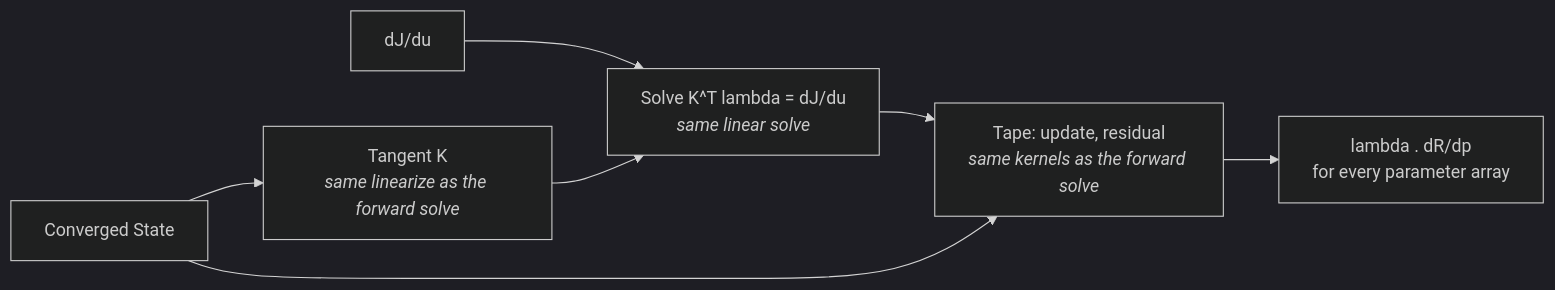
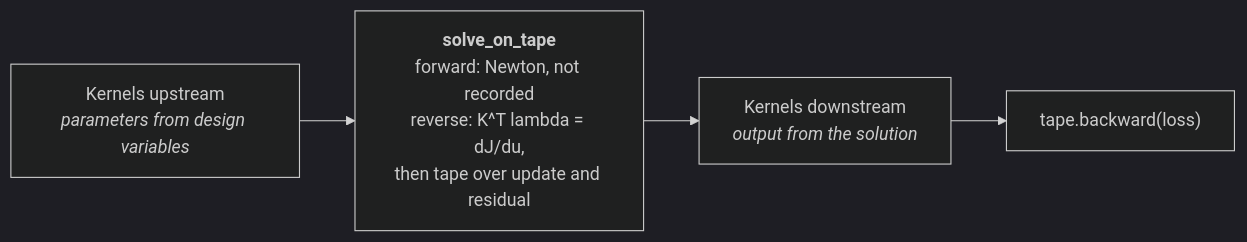
One commit to JolleyLab/FEBio-Warp-Python changed the third of 3 diagrams in docs/design/run_path.md. Above: the diagram before and after it, drawn with Mermaid (dark theme). The commit also changed other lines of this file and 22 other files, not shown here.

First line of the commit message:
Template: device-shaped assembly, warp.fem solids with tet4, solve on a tape, FEBio references

````diff
--- a/docs/design/run_path.md
+++ b/docs/design/run_path.md
@@ -124,9 +173,6 @@
 ```mermaid
 flowchart LR
-    state["Converged State"] --> K["Tangent K<br/><i>same linearize as the forward solve</i>"]
-    out["dJ/du"] --> solve["Solve K^T lambda = dJ/du<br/><i>same linear solve</i>"]
-    K --> solve
-    solve --> tape["Tape: update, residual<br/><i>same kernels as the forward solve</i>"]
-    state --> tape
-    tape --> grad["lambda . dR/dp<br/>for every parameter array"]
+    up["Kernels upstream<br/><i>parameters from design variables</i>"] --> solve
+    solve["<b>solve_on_tape</b><br/>forward: Newton, not recorded<br/>reverse: K^T lambda = dJ/du,<br/>then tape over update and residual"] --> down["Kernels downstream<br/><i>output from the solution</i>"]
+    down --> loss["tape.backward(loss)"]
 ```
````
